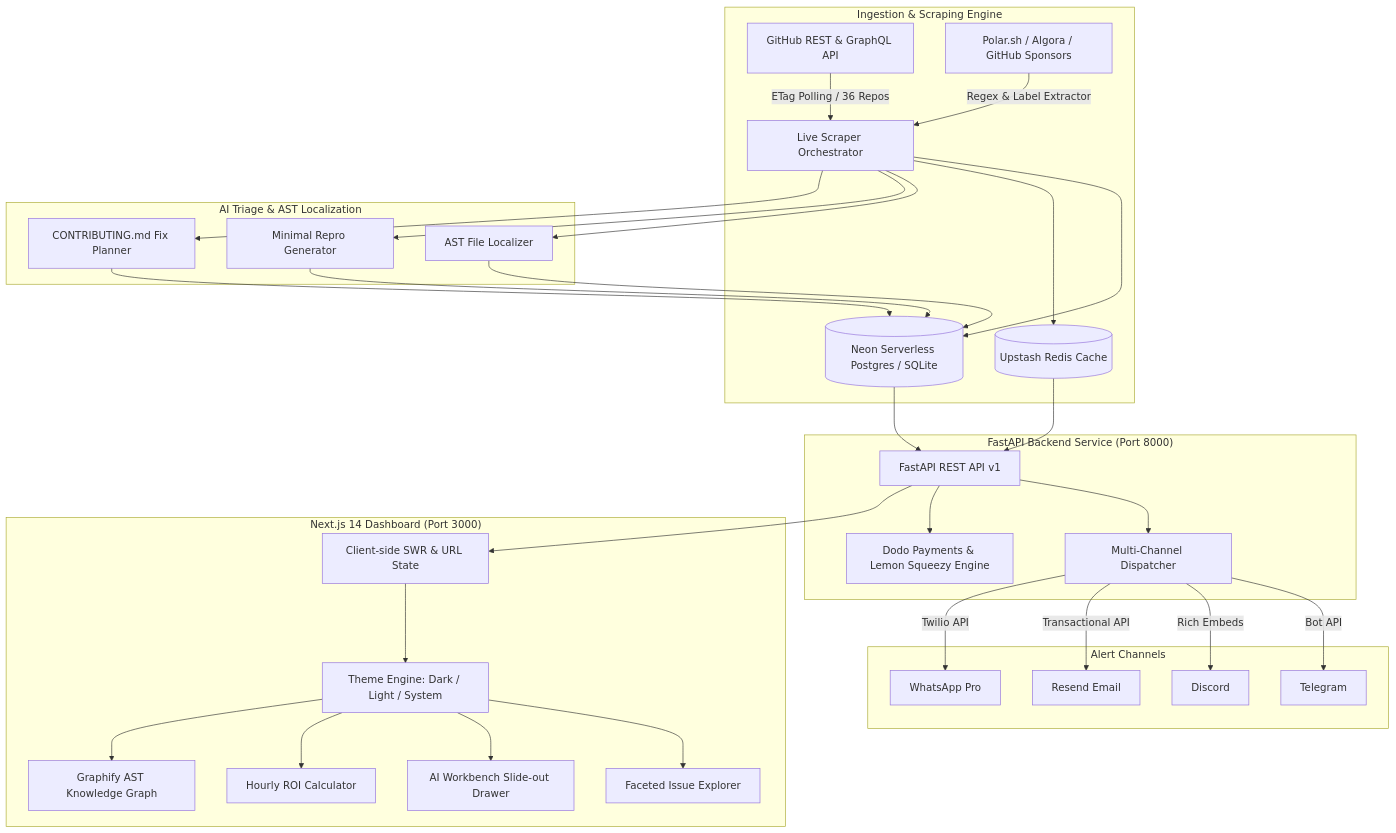
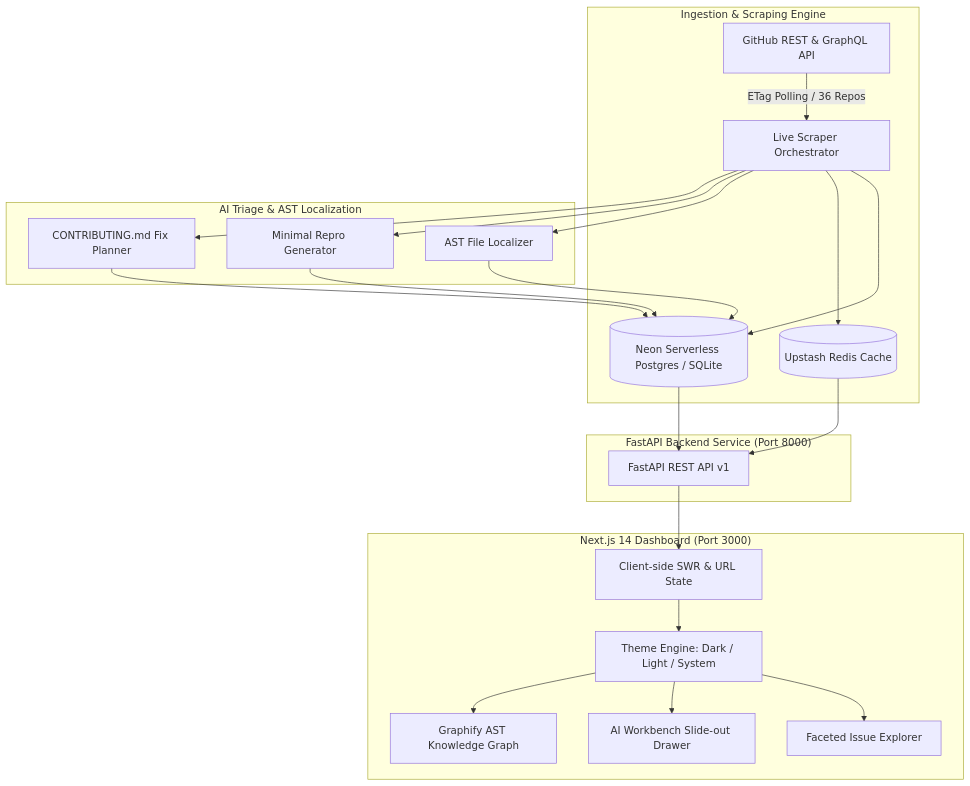
Before and after one commit to nirmitktripathii/oss_intelligence_platform: the first of 2 diagrams in README.md, drawn with Mermaid. The commit also changed other lines of this file and 2 other files, not shown here.

````diff
--- a/README.md
+++ b/README.md
@@ -102,41 +92,30 @@
 ```mermaid
 flowchart TD
     subgraph Ingestion["Ingestion & Scraping Engine"]
         GH["GitHub REST & GraphQL API"] -->|ETag Polling / 36 Repos| SCRAPER["Live Scraper Orchestrator"]
-        BOUNTY["Polar.sh / Algora / GitHub Sponsors"] -->|Regex & Label Extractor| SCRAPER
         SCRAPER --> DB[("Neon Serverless Postgres / SQLite")]
         SCRAPER --> CACHE[("Upstash Redis Cache")]
     end
 
     subgraph Intelligence["AI Triage & AST Localization"]
         SCRAPER --> AST["AST File Localizer"]
         SCRAPER --> REPRO["Minimal Repro Generator"]
         SCRAPER --> FIX["CONTRIBUTING.md Fix Planner"]
         AST --> DB
         REPRO --> DB
         FIX --> DB
     end
 
     subgraph Backend["FastAPI Backend Service (Port 8000)"]
         DB --> API["FastAPI REST API v1"]
         CACHE --> API
-        API --> DISPATCH["Multi-Channel Dispatcher"]
-        API --> BILLING["Dodo Payments & Lemon Squeezy Engine"]
-    end
-
-    subgraph Channels["Alert Channels"]
-        DISPATCH -->|Bot API| TG["Telegram"]
-        DISPATCH -->|Rich Embeds| DC["Discord"]
-        DISPATCH -->|Transactional API| EM["Resend Email"]
-        DISPATCH -->|Twilio API| WA["WhatsApp Pro"]
     end
 
     subgraph Frontend["Next.js 14 Dashboard (Port 3000)"]
         API --> SWR["Client-side SWR & URL State"]
         SWR --> THEME["Theme Engine: Dark / Light / System"]
         THEME --> EXPLORER["Faceted Issue Explorer"]
         THEME --> DRAWER["AI Workbench Slide-out Drawer"]
-        THEME --> ROI["Hourly ROI Calculator"]
         THEME --> GRAPH["Graphify AST Knowledge Graph"]
     end
 ```
````
